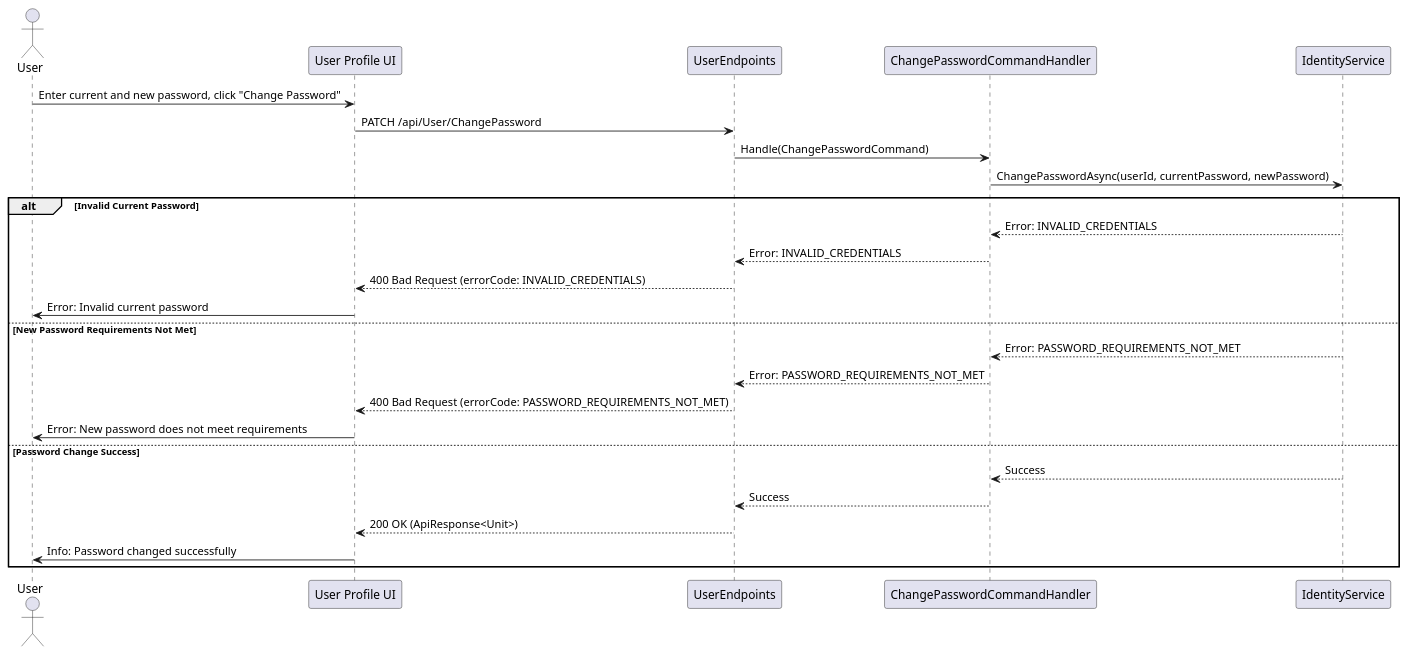
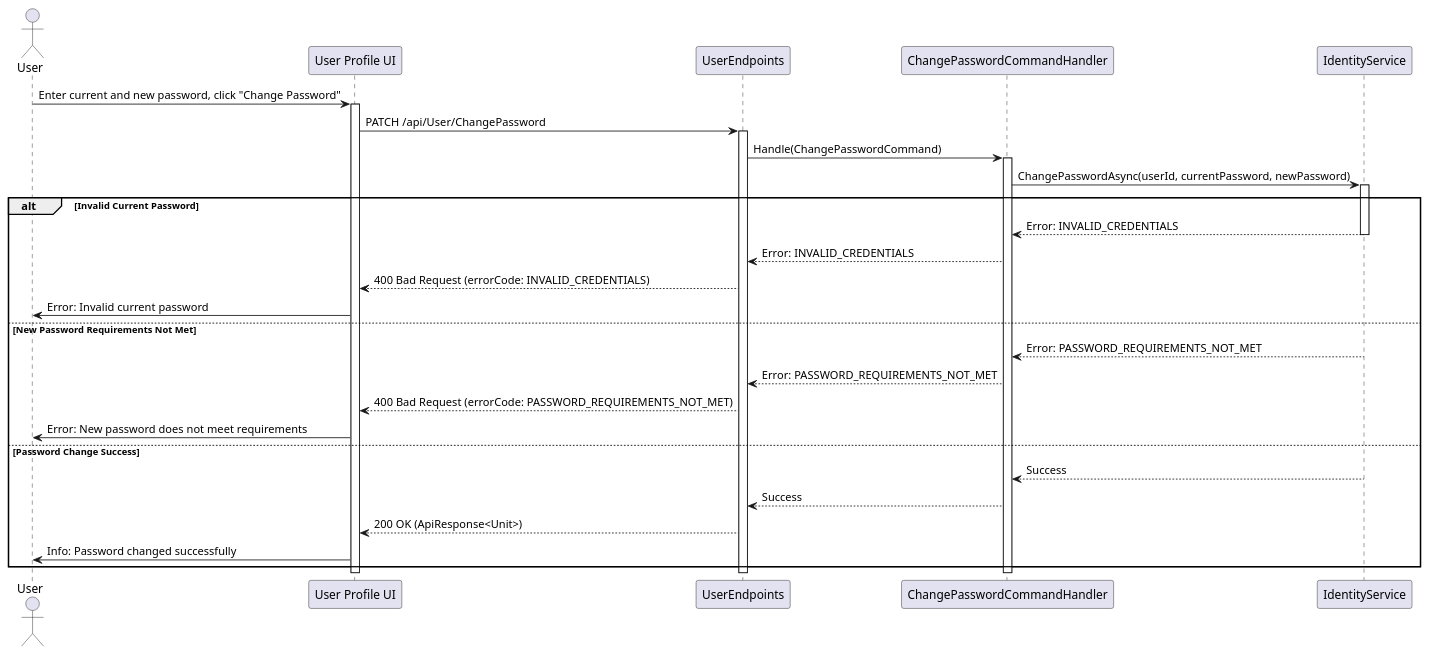
The diagram in Users/Sequence/ChangePasswordCommand.puml (thanhkhac/SEP_Diagram), drawn with PlantUML before and after one commit. The commit also changed 52 other files, not shown here.

Commit message:
Add UI activation/deactivation to sequence diagrams

```diff
--- a/Users/Sequence/ChangePasswordCommand.puml
+++ b/Users/Sequence/ChangePasswordCommand.puml
@@ -1,28 +1,38 @@
 @startuml
 actor User
 participant "User Profile UI" as UI
 participant UserEndpoints
 participant ChangePasswordCommandHandler as Handler
 participant IdentityService
 
 User -> UI : Enter current and new password, click "Change Password"
+activate UI
 UI -> UserEndpoints : PATCH /api/User/ChangePassword
+activate UserEndpoints
 UserEndpoints -> Handler : Handle(ChangePasswordCommand)
+activate Handler
 Handler -> IdentityService : ChangePasswordAsync(userId, currentPassword, newPassword)
+activate IdentityService
 alt Invalid Current Password
     IdentityService --> Handler : Error: INVALID_CREDENTIALS
+    deactivate IdentityService
     Handler --> UserEndpoints : Error: INVALID_CREDENTIALS
     UserEndpoints --> UI : 400 Bad Request (errorCode: INVALID_CREDENTIALS)
     UI -> User : Error: Invalid current password
 else New Password Requirements Not Met
     IdentityService --> Handler : Error: PASSWORD_REQUIREMENTS_NOT_MET
+    deactivate IdentityService
     Handler --> UserEndpoints : Error: PASSWORD_REQUIREMENTS_NOT_MET
     UserEndpoints --> UI : 400 Bad Request (errorCode: PASSWORD_REQUIREMENTS_NOT_MET)
     UI -> User : Error: New password does not meet requirements
 else Password Change Success
     IdentityService --> Handler : Success
+    deactivate IdentityService
     Handler --> UserEndpoints : Success
     UserEndpoints --> UI : 200 OK (ApiResponse<Unit>)
     UI -> User : Info: Password changed successfully
 end
+deactivate Handler
+deactivate UserEndpoints
+deactivate UI
 @enduml
```
